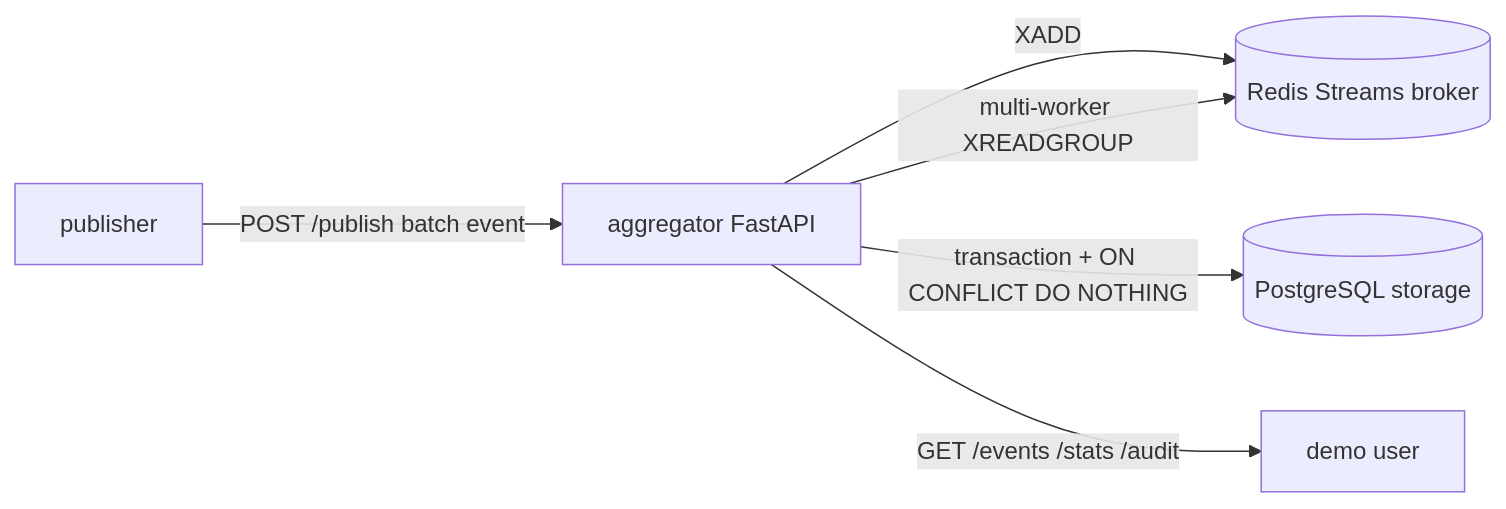
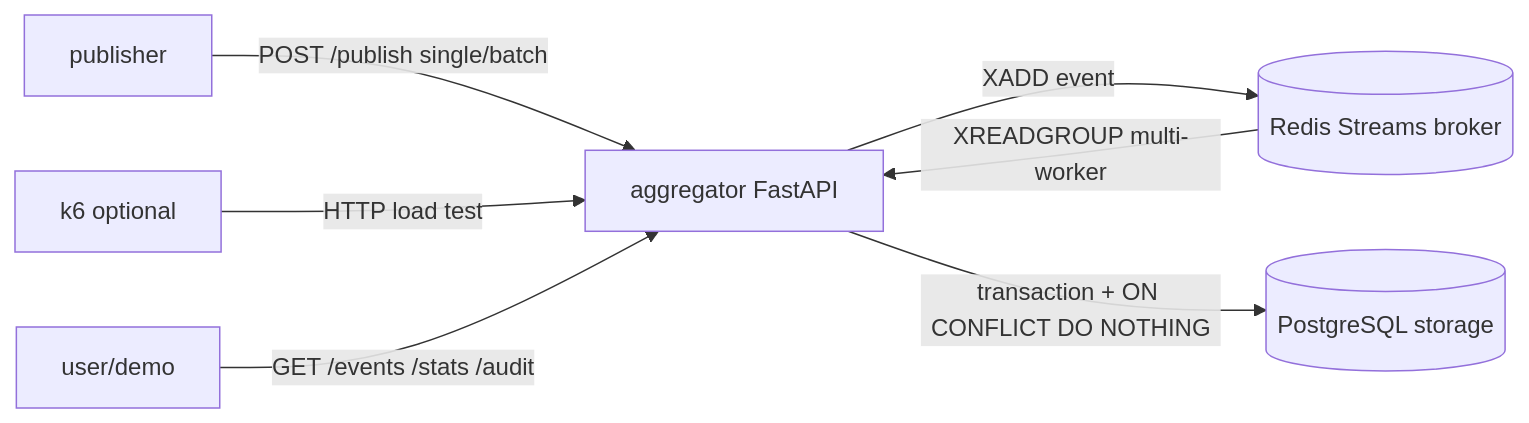
The diagram in README.md (azpradipta/uas-sister), drawn with Mermaid before and after one commit. The commit also changed other lines of this file and 3 other files, not shown here.

````diff
--- a/README.md
+++ b/README.md
@@ -7,8 +15,9 @@
 ```mermaid
 flowchart LR
-    P[publisher] -->|POST /publish batch event| A[aggregator FastAPI]
-    A -->|XADD| R[(Redis Streams broker)]
-    A -->|multi-worker XREADGROUP| R
+    P[publisher] -->|POST /publish single/batch| A[aggregator FastAPI]
+    A -->|XADD event| R[(Redis Streams broker)]
+    R -->|XREADGROUP multi-worker| A
     A -->|transaction + ON CONFLICT DO NOTHING| DB[(PostgreSQL storage)]
-    A -->|GET /events /stats /audit| U[demo user]
+    K[k6 optional] -->|HTTP load test| A
+    U[user/demo] -->|GET /events /stats /audit| A
 ```
````
